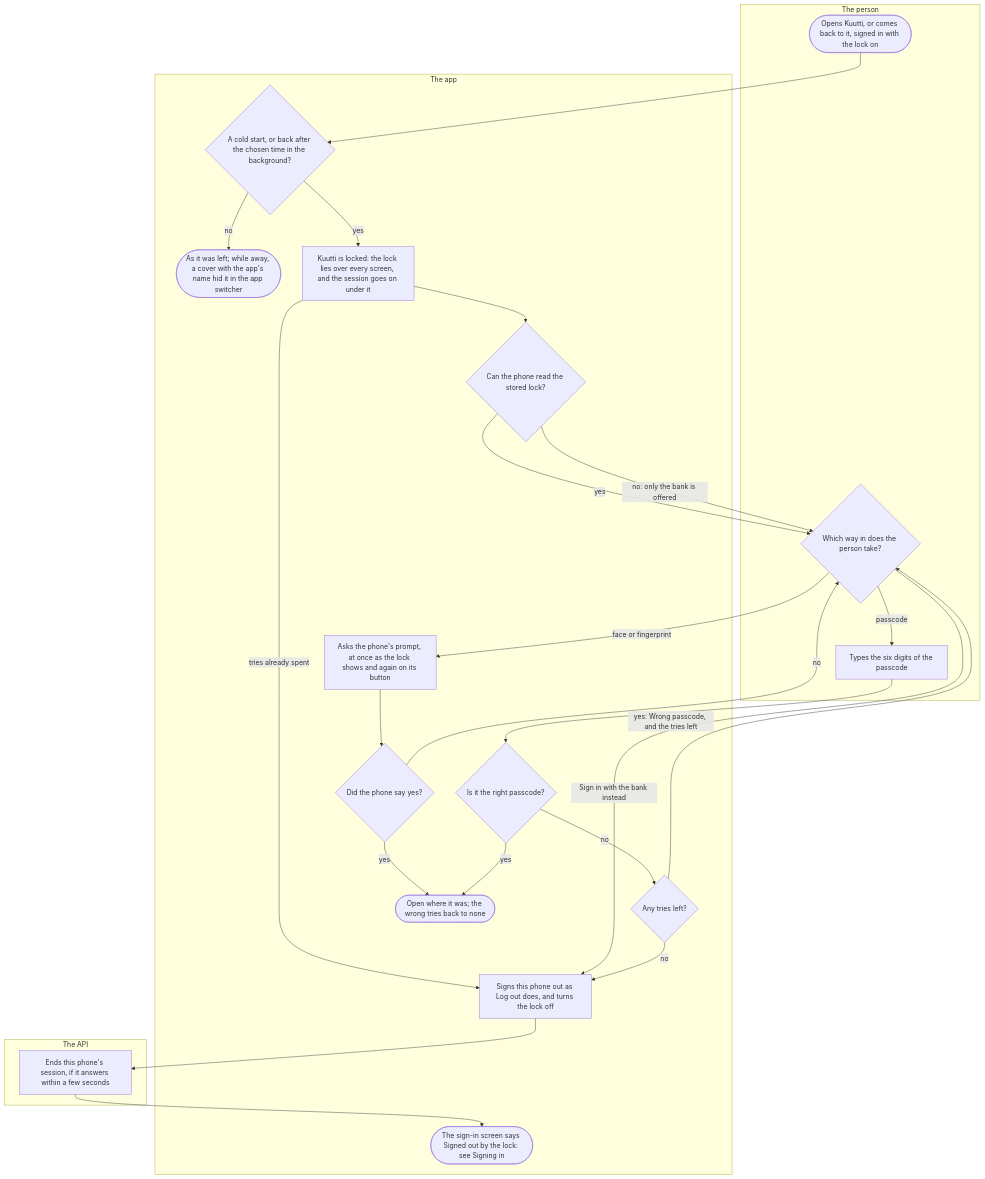
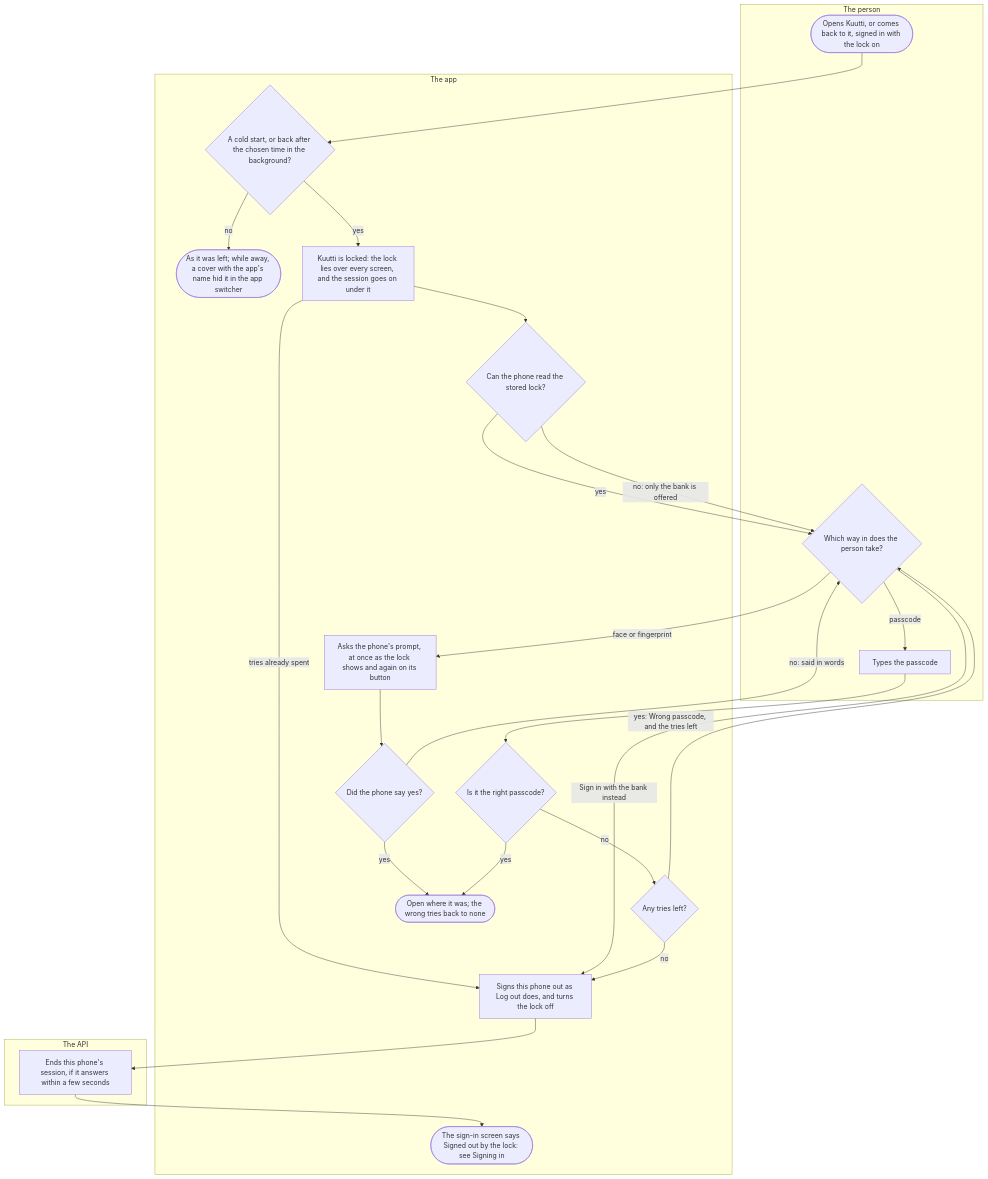
Before and after one commit to kuutti-ry/kuutti-app: the second of 2 diagrams in docs/flows/app-lock.md, drawn with Mermaid. The commit also changed other lines of this file and 41 other files, not shown here.

First line of the commit message:
Redraw the user flows against today's main, held by check:docs

````diff
--- a/docs/flows/app-lock.md
+++ b/docs/flows/app-lock.md
@@ -70,46 +87,46 @@
 ```mermaid
 flowchart TB
   accTitle: The app lock, part 2: locking and unlocking
-  accDescr: With the lock on, Kuutti locks at a cold start and when it comes back after the chosen time in the background. In between, a cover hides it in the app switcher. The person unlocks with the face or fingerprint or the passcode. A wrong passcode says how many tries are left, and the last wrong one, like Sign in with the bank instead, signs the phone out and turns the lock off.
+  accDescr: With the lock on, Kuutti locks at a cold start and when it comes back after the chosen time in the background. In between, a cover hides it in the app switcher. The person unlocks with the face or fingerprint or the passcode. A refusal or the phone's pause is said in words, a wrong passcode says how many tries are left, and the last wrong one, like Sign in with the bank instead, signs the phone out and turns the lock off.
   subgraph person["The person"]
     s16(["Opens Kuutti, or comes back to it, signed in with the lock on"])
     s21{"Which way in does the person take?"}
-    s24["Types the six digits of the passcode"]
+    s24["Types the passcode"]
   end
   subgraph app["The app"]
     s17{"A cold start, or back after the chosen time in the background?"}
     s18(["As it was left; while away, a cover with the app's name hid it in the app switcher"])
     s19["Kuutti is locked: the lock lies over every screen, and the session goes on under it"]
     s20{"Can the phone read the stored lock?"}
     s22["Asks the phone's prompt, at once as the lock shows and again on its button"]
     s23{"Did the phone say yes?"}
     s25{"Is it the right passcode?"}
     s26{"Any tries left?"}
     s27["Signs this phone out as Log out does, and turns the lock off"]
     s29(["The sign-in screen says Signed out by the lock: see Signing in"])
     s30(["Open where it was; the wrong tries back to none"])
   end
   subgraph api["The API"]
     s28["Ends this phone's session, if it answers within a few seconds"]
   end
   s16 --> s17
   s17 -->|"no"| s18
   s17 -->|"yes"| s19
   s19 --> s20
   s19 -->|"tries already spent"| s27
   s20 -->|"yes"| s21
   s20 -->|"no: only the bank is offered"| s21
   s21 -->|"face or fingerprint"| s22
   s21 -->|"passcode"| s24
   s21 -->|"Sign in with the bank instead"| s27
   s22 --> s23
   s23 -->|"yes"| s30
-  s23 -->|"no"| s21
+  s23 -->|"no: said in words"| s21
   s24 --> s25
   s25 -->|"yes"| s30
   s25 -->|"no"| s26
   s26 -->|"yes: Wrong passcode, and the tries left"| s21
   s26 -->|"no"| s27
   s27 --> s28
   s28 --> s29
 ```
````
